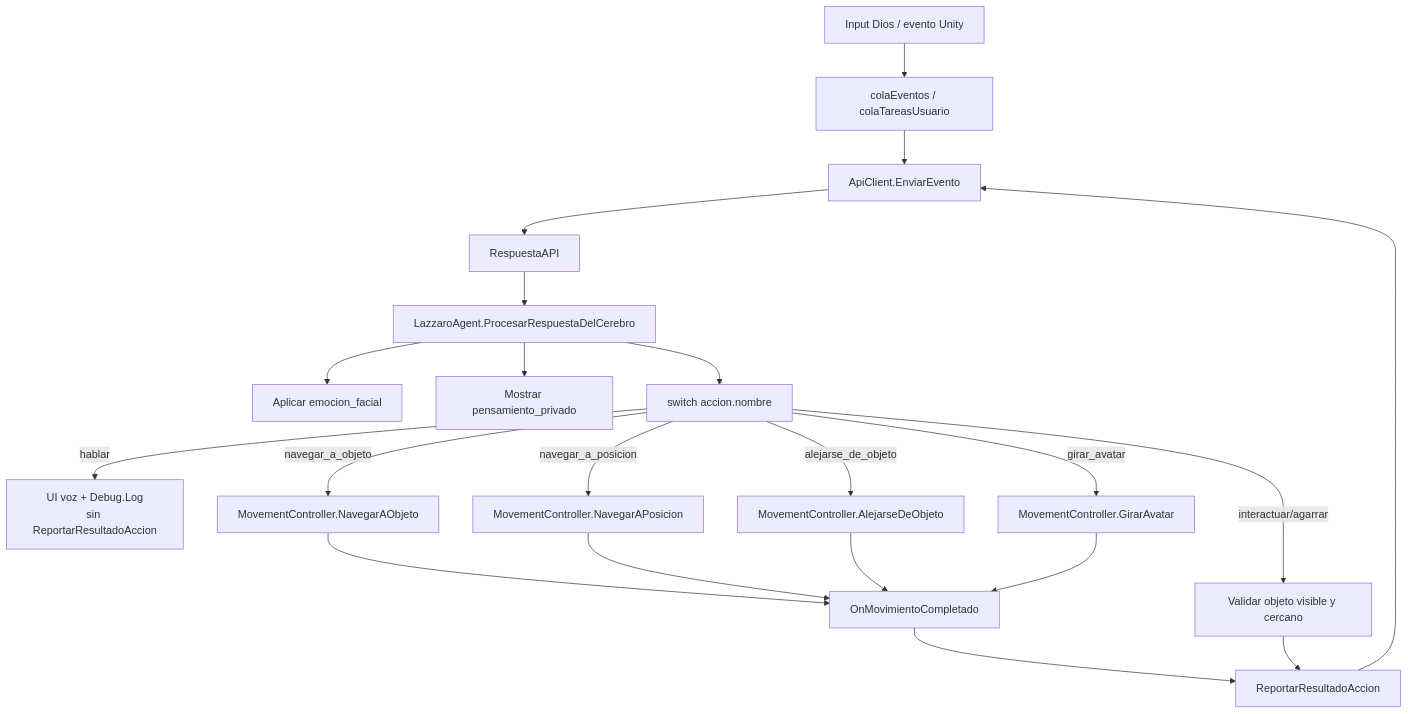
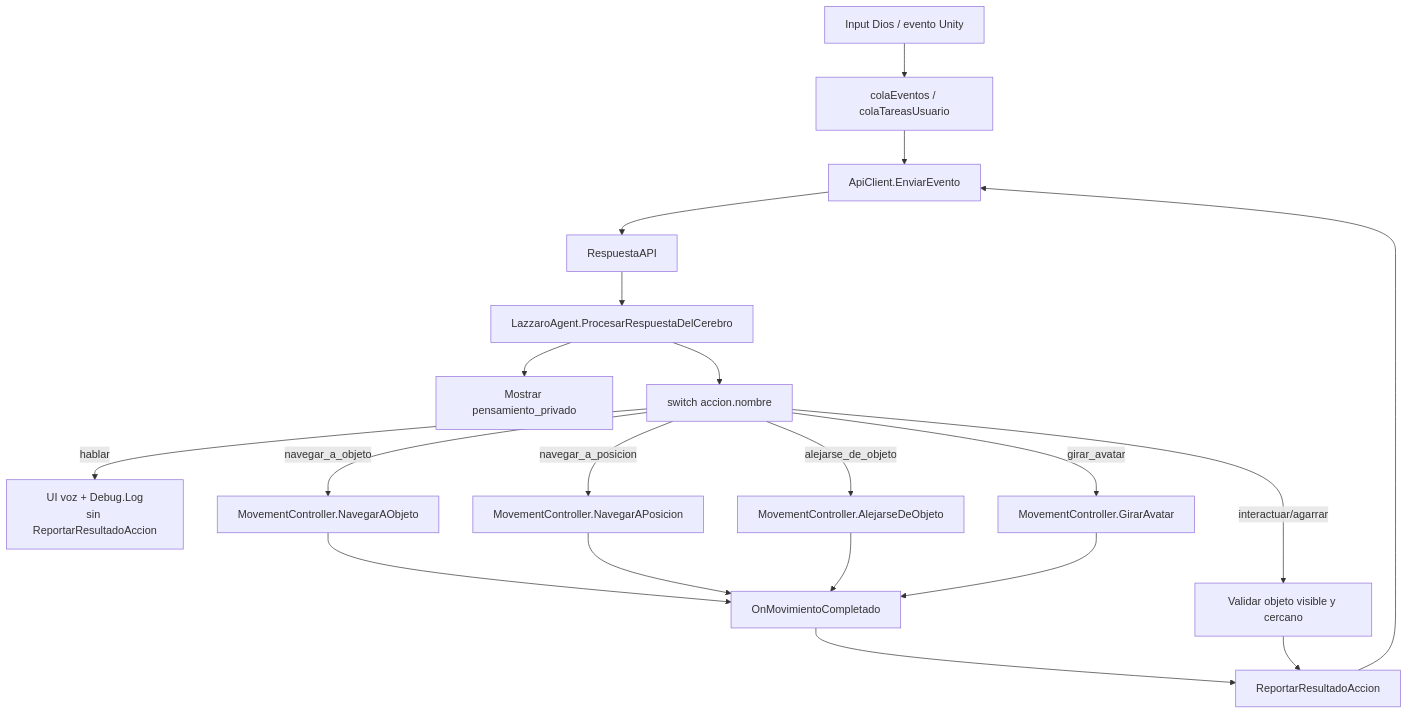
The fourth of 5 diagrams in docs/arquitectura_completa_lazzaro.md (Genrex-code/Lazzaro), drawn with Mermaid before and after one commit. The commit also changed other lines of this file and 30 other files, not shown here.

````diff
--- a/docs/arquitectura_completa_lazzaro.md
+++ b/docs/arquitectura_completa_lazzaro.md
@@ -458,23 +464,22 @@
 ```mermaid
 flowchart TD
     INPUT["Input Dios / evento Unity"] --> QUEUE["colaEventos / colaTareasUsuario"]
     QUEUE --> API["ApiClient.EnviarEvento"]
     API --> RESP["RespuestaAPI"]
     RESP --> AGENT["LazzaroAgent.ProcesarRespuestaDelCerebro"]
-    AGENT --> FACE["Aplicar emocion_facial"]
     AGENT --> THINK["Mostrar pensamiento_privado"]
     AGENT --> SWITCH["switch accion.nombre"]
     SWITCH -->|"hablar"| VOICE["UI voz + Debug.Log<br/>sin ReportarResultadoAccion"]
     SWITCH -->|"navegar_a_objeto"| NAVOBJ["MovementController.NavegarAObjeto"]
     SWITCH -->|"navegar_a_posicion"| NAVPOS["MovementController.NavegarAPosicion"]
     SWITCH -->|"alejarse_de_objeto"| AWAY["MovementController.AlejarseDeObjeto"]
     SWITCH -->|"girar_avatar"| ROT["MovementController.GirarAvatar"]
     SWITCH -->|"interactuar/agarrar"| VALID["Validar objeto visible y cercano"]
     NAVOBJ --> DONE["OnMovimientoCompletado"]
     NAVPOS --> DONE
     AWAY --> DONE
     ROT --> DONE
     DONE --> REPORT["ReportarResultadoAccion"]
     VALID --> REPORT
     REPORT --> API
 ```
````
